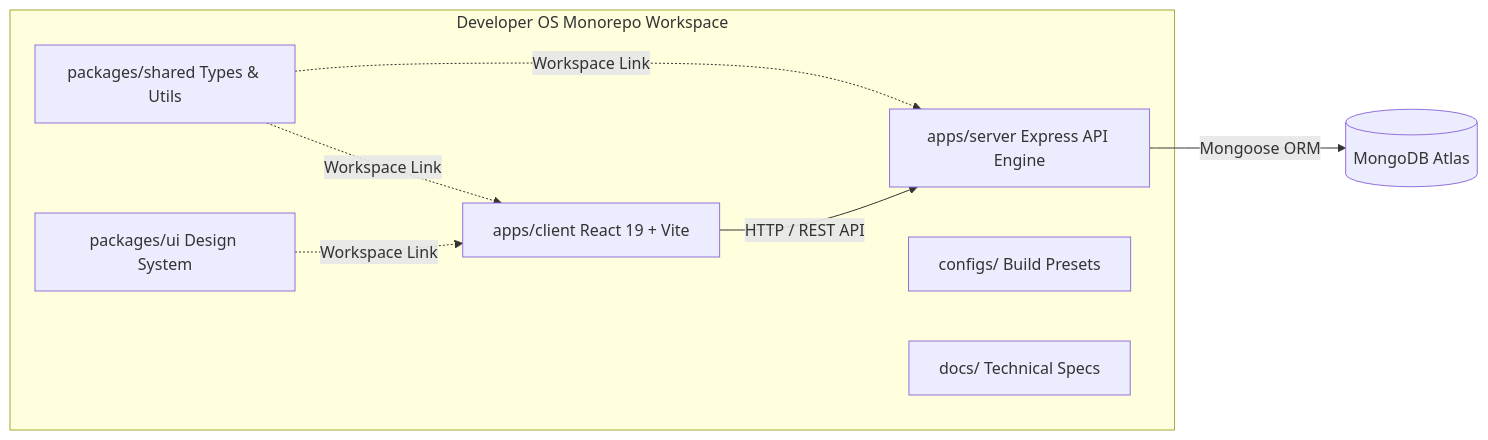
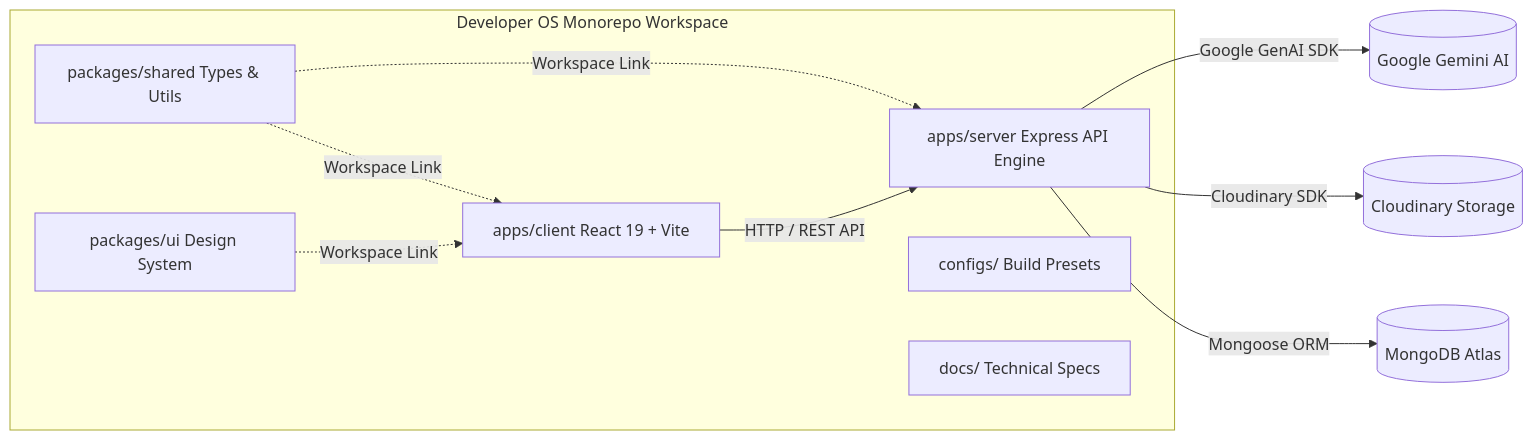
Before and after one commit to Sagar7719/developer-os: the diagram in README.md, drawn with Mermaid. The commit also changed other lines of this file, not shown here.

````diff
--- a/README.md
+++ b/README.md
@@ -55,17 +57,19 @@
 ```mermaid
 flowchart LR
     subgraph Monorepo [Developer OS Monorepo Workspace]
         Client[apps/client React 19 + Vite]
         Server[apps/server Express API Engine]
         Shared[packages/shared Types & Utils]
         UI[packages/ui Design System]
         Configs[configs/ Build Presets]
         Docs[docs/ Technical Specs]
     end
 
     Client -->|HTTP / REST API| Server
     Server -->|Mongoose ORM| DB[(MongoDB Atlas)]
+    Server -->|Cloudinary SDK| Cloudinary[(Cloudinary Storage)]
+    Server -->|Google GenAI SDK| Gemini[(Google Gemini AI)]
     Shared -.->|Workspace Link| Client
     Shared -.->|Workspace Link| Server
     UI -.->|Workspace Link| Client
 ```
````
